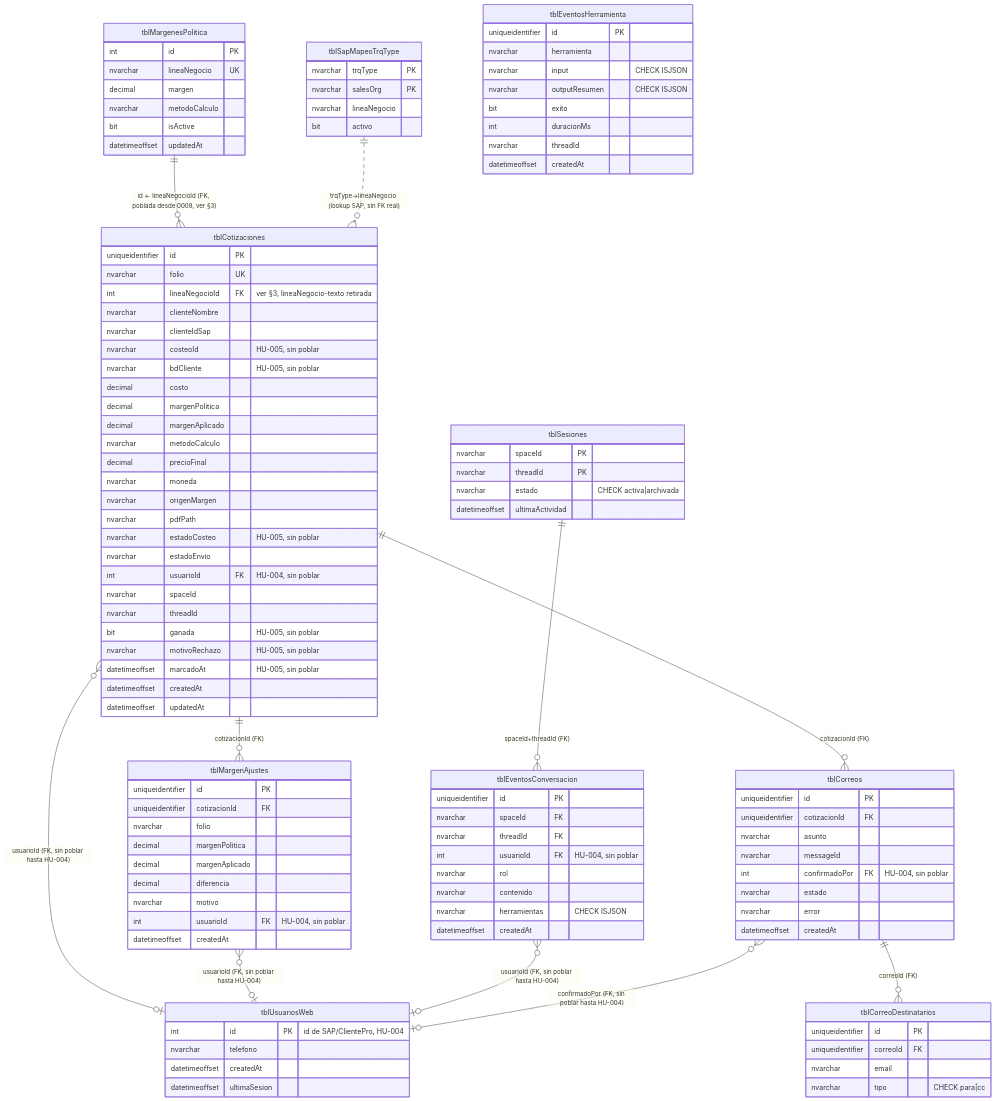
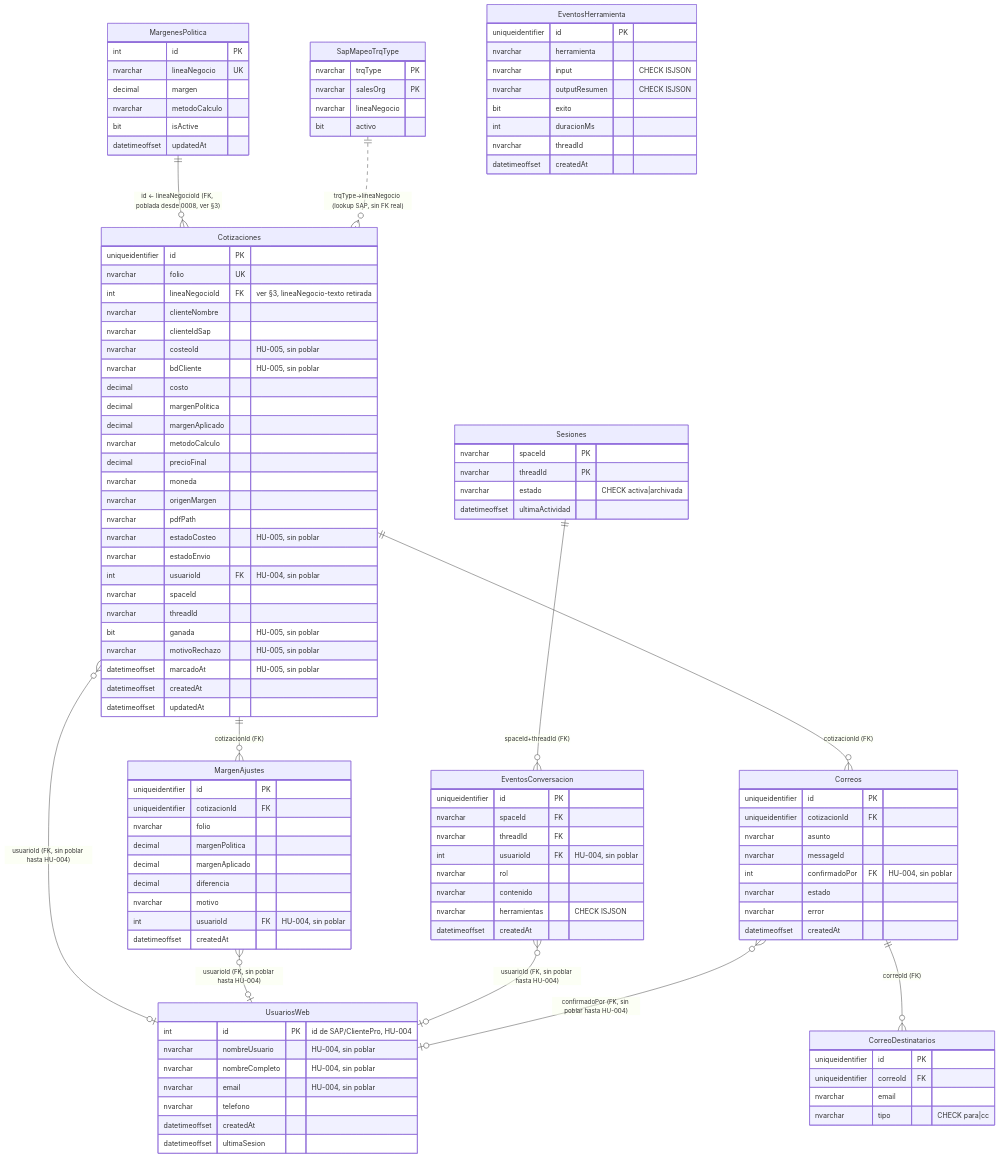
The diagram in docs/ESQUEMA_OBJETIVO_SQLSERVER.md (InnovacionIA-proyectos/Cotifly), drawn with Mermaid before and after one commit. The commit also changed other lines of this file and 18 other files, not shown here.

````diff
--- a/docs/ESQUEMA_OBJETIVO_SQLSERVER.md
+++ b/docs/ESQUEMA_OBJETIVO_SQLSERVER.md
@@ -100,17 +111,17 @@
 ```mermaid
 erDiagram
-    tblCotizaciones ||--o{ tblMargenAjustes : "cotizacionId (FK)"
-    tblCotizaciones ||--o{ tblCorreos : "cotizacionId (FK)"
-    tblCotizaciones }o--o| tblUsuariosWeb : "usuarioId (FK, sin poblar hasta HU-004)"
-    tblMargenAjustes }o--o| tblUsuariosWeb : "usuarioId (FK, sin poblar hasta HU-004)"
-    tblEventosConversacion }o--o| tblUsuariosWeb : "usuarioId (FK, sin poblar hasta HU-004)"
-    tblCorreos }o--o| tblUsuariosWeb : "confirmadoPor (FK, sin poblar hasta HU-004)"
-    tblCorreos ||--o{ tblCorreoDestinatarios : "correoId (FK)"
-    tblSesiones ||--o{ tblEventosConversacion : "spaceId+threadId (FK)"
-    tblMargenesPolitica ||--o{ tblCotizaciones : "id <- lineaNegocioId (FK, poblada desde 0008, ver §3)"
-    tblSapMapeoTrqType ||..o{ tblCotizaciones : "trqType->lineaNegocio (lookup SAP, sin FK real)"
+    Cotizaciones ||--o{ MargenAjustes : "cotizacionId (FK)"
+    Cotizaciones ||--o{ Correos : "cotizacionId (FK)"
+    Cotizaciones }o--o| UsuariosWeb : "usuarioId (FK, sin poblar hasta HU-004)"
+    MargenAjustes }o--o| UsuariosWeb : "usuarioId (FK, sin poblar hasta HU-004)"
+    EventosConversacion }o--o| UsuariosWeb : "usuarioId (FK, sin poblar hasta HU-004)"
+    Correos }o--o| UsuariosWeb : "confirmadoPor (FK, sin poblar hasta HU-004)"
+    Correos ||--o{ CorreoDestinatarios : "correoId (FK)"
+    Sesiones ||--o{ EventosConversacion : "spaceId+threadId (FK)"
+    MargenesPolitica ||--o{ Cotizaciones : "id <- lineaNegocioId (FK, poblada desde 0008, ver §3)"
+    SapMapeoTrqType ||..o{ Cotizaciones : "trqType->lineaNegocio (lookup SAP, sin FK real)"
 
-    tblCotizaciones {
+    Cotizaciones {
         uniqueidentifier id PK
         nvarchar folio UK
         int lineaNegocioId FK "ver §3, lineaNegocio-texto retirada"
@@ -137,7 +148,7 @@
         datetimeoffset createdAt
         datetimeoffset updatedAt
     }
-    tblMargenAjustes {
+    MargenAjustes {
         uniqueidentifier id PK
         uniqueidentifier cotizacionId FK
         nvarchar folio
@@ -148,7 +159,7 @@
         int usuarioId FK "HU-004, sin poblar"
         datetimeoffset createdAt
     }
-    tblCorreos {
+    Correos {
         uniqueidentifier id PK
         uniqueidentifier cotizacionId FK
         nvarchar asunto
@@ -158,13 +169,13 @@
         nvarchar error
         datetimeoffset createdAt
     }
-    tblCorreoDestinatarios {
+    CorreoDestinatarios {
         uniqueidentifier id PK
         uniqueidentifier correoId FK
         nvarchar email
         nvarchar tipo "CHECK para|cc"
     }
-    tblEventosConversacion {
+    EventosConversacion {
         uniqueidentifier id PK
         nvarchar spaceId FK
         nvarchar threadId FK
@@ -174,7 +185,7 @@
         nvarchar herramientas "CHECK ISJSON"
         datetimeoffset createdAt
     }
-    tblEventosHerramienta {
+    EventosHerramienta {
         uniqueidentifier id PK
         nvarchar herramienta
         nvarchar input "CHECK ISJSON"
@@ -184,19 +195,22 @@
         nvarchar threadId
         datetimeoffset createdAt
     }
-    tblSesiones {
+    Sesiones {
         nvarchar spaceId PK
         nvarchar threadId PK
         nvarchar estado "CHECK activa|archivada"
         datetimeoffset ultimaActividad
     }
-    tblUsuariosWeb {
+    UsuariosWeb {
         int id PK "id de SAP/ClientePro, HU-004"
+        nvarchar nombreUsuario "HU-004, sin poblar"
+        nvarchar nombreCompleto "HU-004, sin poblar"
+        nvarchar email "HU-004, sin poblar"
         nvarchar telefono
         datetimeoffset createdAt
         datetimeoffset ultimaSesion
     }
-    tblMargenesPolitica {
+    MargenesPolitica {
         int id PK
         nvarchar lineaNegocio UK
         decimal margen
@@ -204,7 +218,7 @@
         bit isActive
         datetimeoffset updatedAt
     }
-    tblSapMapeoTrqType {
+    SapMapeoTrqType {
         nvarchar trqType PK
         nvarchar salesOrg PK
         nvarchar lineaNegocio
````
